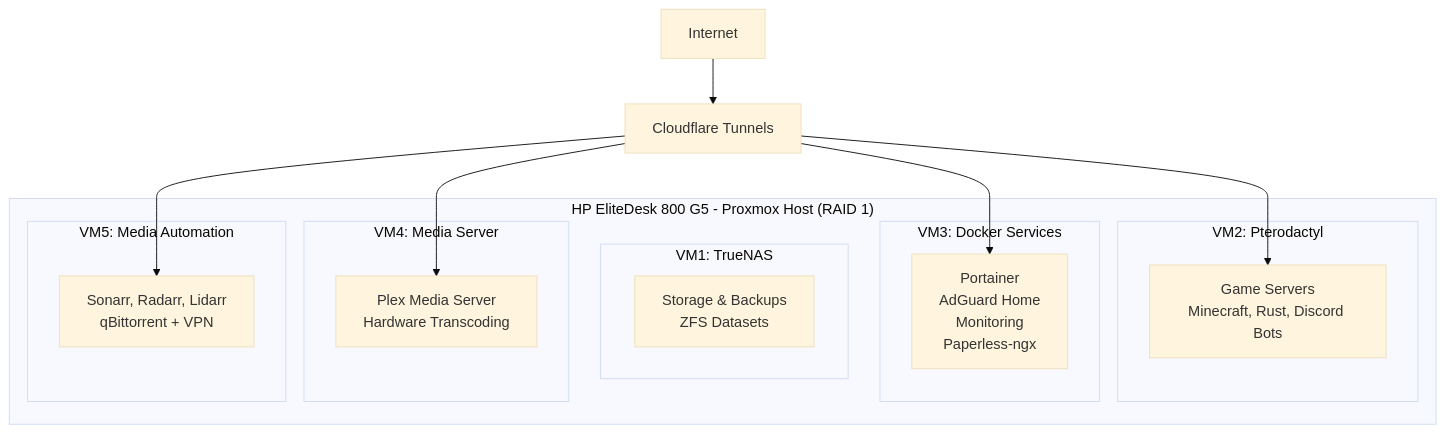
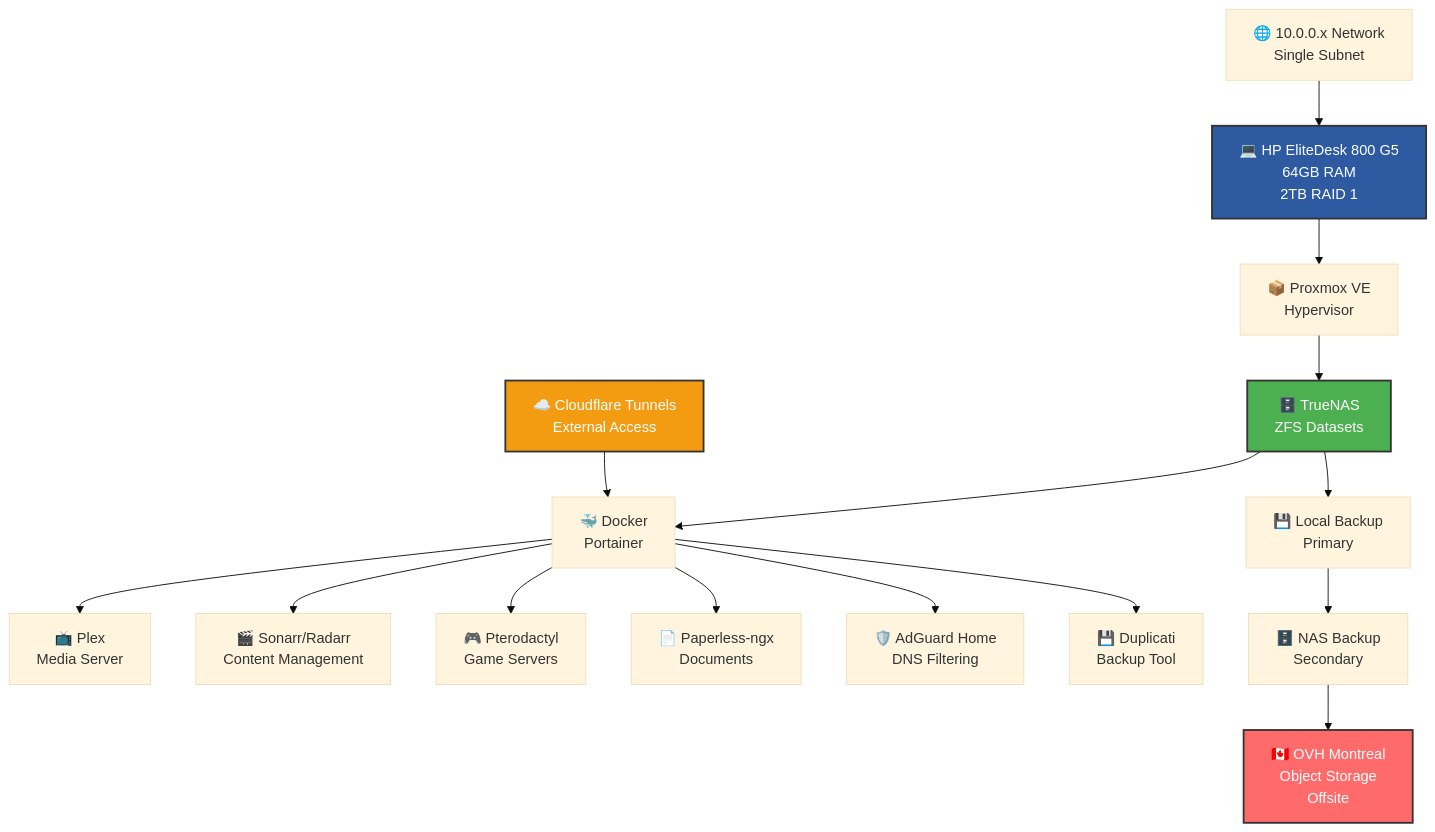
Before and after one commit to TehZombiJesus/home-lab-setup: the diagram in README.md, drawn with Mermaid (base theme). The commit also changed other lines of this file, not shown here.

````diff
--- a/README.md
+++ b/README.md
@@ -32,26 +69,25 @@
 ```mermaid
-graph TB
-    subgraph "HP EliteDesk 800 G5 - Proxmox Host (RAID 1)"
-        subgraph "VM1: TrueNAS"
-            A[Storage & Backups<br/>ZFS Datasets]
-        end
-        subgraph "VM2: Pterodactyl"
-            B[Game Servers<br/>Minecraft, Rust, Discord Bots]
-        end
-        subgraph "VM3: Docker Services"
-            C[Portainer<br/>AdGuard Home<br/>Monitoring<br/>Paperless-ngx]
-        end
-        subgraph "VM4: Media Server"
-            D[Plex Media Server<br/>Hardware Transcoding]
-        end
-        subgraph "VM5: Media Automation"
-            E[Sonarr, Radarr, Lidarr<br/>qBittorrent + VPN]
-        end
-    end
+graph TD
+    A["💻 HP EliteDesk 800 G5<br/>64GB RAM<br/>2TB RAID 1"] --> B["📦 Proxmox VE<br/>Hypervisor"]
+    B --> C["🗄️ TrueNAS<br/>ZFS Datasets"]
+    C --> D["🐳 Docker<br/>Portainer"]
     
-    F[Cloudflare Tunnels] --> B
-    F --> C
-    F --> D
-    F --> E
-    H[Internet] --> F
+    D --> E["📺 Plex<br/>Media Server"]
+    D --> F["🎬 Sonarr/Radarr<br/>Content Management"]
+    D --> G["🎮 Pterodactyl<br/>Game Servers"]
+    D --> H["📄 Paperless-ngx<br/>Documents"]
+    D --> I["🛡️ AdGuard Home<br/>DNS Filtering"]
+    D --> J["💾 Duplicati<br/>Backup Tool"]
+    
+    K["🌐 10.0.0.x Network<br/>Single Subnet"] --> A
+    L["☁️ Cloudflare Tunnels<br/>External Access"] --> D
+    
+    C --> M["💾 Local Backup<br/>Primary"]
+    M --> N["🗄️ NAS Backup<br/>Secondary"]
+    N --> O["🇨🇦 OVH Montreal<br/>Object Storage<br/>Offsite"]
+    
+    style A fill:#2d5aa0,stroke:#333,stroke-width:2px,color:#fff
+    style C fill:#4caf50,stroke:#333,stroke-width:2px,color:#fff
+    style O fill:#ff6b6b,stroke:#333,stroke-width:2px,color:#fff
+    style L fill:#f39c12,stroke:#333,stroke-width:2px,color:#fff
 ```
````
